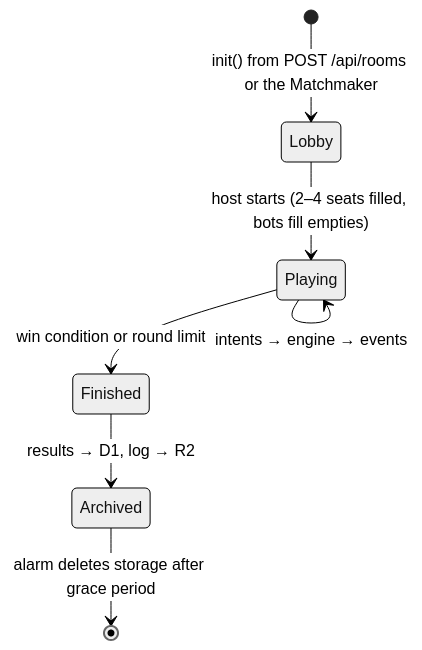
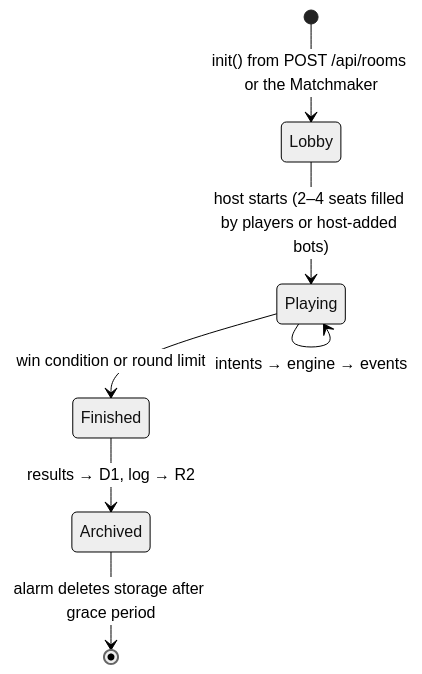
Before and after one commit to Rusutsu-Studios/Polytour: the second of 3 diagrams in docs/ARCHITECTURE.md, drawn with Mermaid (neutral theme). The commit also changed other lines of this file and 21 other files, not shown here.

````diff
--- a/docs/ARCHITECTURE.md
+++ b/docs/ARCHITECTURE.md
@@ -133,9 +133,9 @@
 ```mermaid
 stateDiagram-v2
   [*] --> Lobby: init() from POST /api/rooms or the Matchmaker
-  Lobby --> Playing: host starts (2–4 seats filled, bots fill empties)
+  Lobby --> Playing: host starts (2–4 seats filled by players or host-added bots)
   Playing --> Playing: intents → engine → events
   Playing --> Finished: win condition or round limit
   Finished --> Archived: results → D1, log → R2
   Archived --> [*]: alarm deletes storage after grace period
 ```
````
